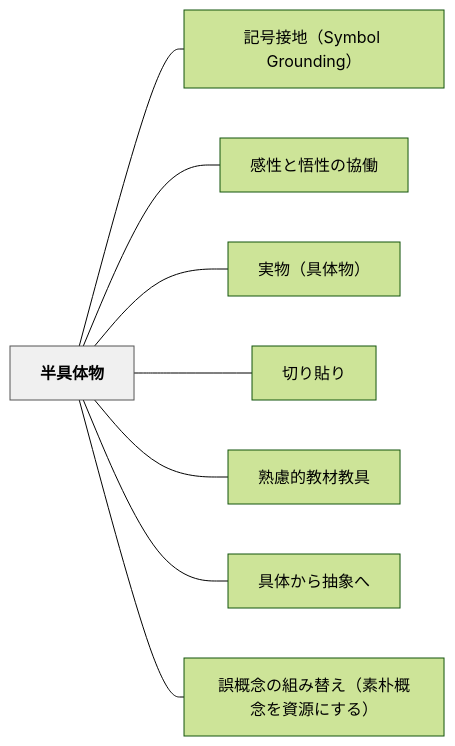
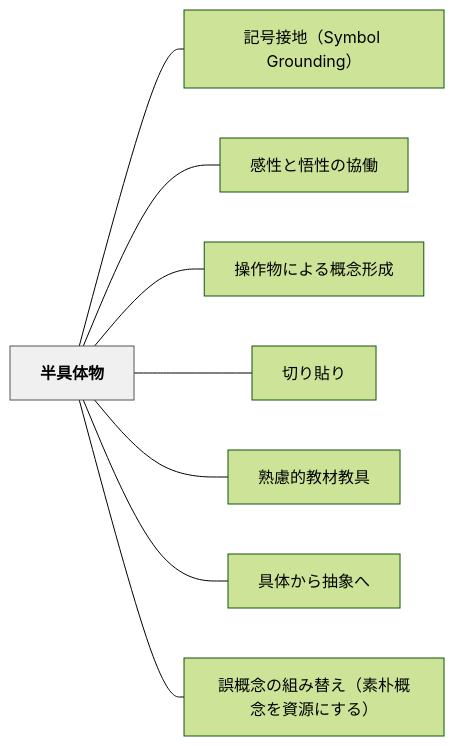
One commit to unknownthings-ed-patterns/unknownthings-ed-patterns changed the diagram in content/パタン/半具体物.md. Above: the diagram before and after it, drawn with Mermaid (forest theme). The commit also changed other lines of this file and 13 other files, not shown here.

````diff
--- a/content/パタン/半具体物.md
+++ b/content/パタン/半具体物.md
@@ -56,22 +56,22 @@
 ```mermaid
 flowchart LR
     ne58d8ae585b7e4bd93e789a9["半具体物"]
     ne8a898e58fb7e68ea5e59cb0efbc8853796d626f6c2047726f756e64696e67efbc89["記号接地（Symbol Grounding）"]
     ne6849fe680a7e381a8e6829fe680a7e381aee58d94e5838d["感性と悟性の協働"]
-    ne5ae9fe789a9efbc88e585b7e4bd93e789a9efbc89["実物（具体物）"]
+    ne6938de4bd9ce789a9e381abe38288e3828be6a682e5bfb5e5bda2e68890["操作物による概念形成"]
     ne58887e3828ae8b2bce3828a["切り貼り"]
     ne7869fe685aee79a84e69599e69d90e69599e585b7["熟慮的教材教具"]
     ne585b7e4bd93e3818be38289e68abde8b1a1e381b8["具体から抽象へ"]
     ne8aaa4e6a682e5bfb5e381aee7b584e381bfe69bbfe38188efbc88e7b4a0e69cb4e6a682e5bfb5e38292e8b387e6ba90e381abe38199e3828befbc89["誤概念の組み替え（素朴概念を資源にする）"]
 
     ne58d8ae585b7e4bd93e789a9 --- ne8a898e58fb7e68ea5e59cb0efbc8853796d626f6c2047726f756e64696e67efbc89
     ne58d8ae585b7e4bd93e789a9 --- ne6849fe680a7e381a8e6829fe680a7e381aee58d94e5838d
-    ne58d8ae585b7e4bd93e789a9 --- ne5ae9fe789a9efbc88e585b7e4bd93e789a9efbc89
+    ne58d8ae585b7e4bd93e789a9 --- ne6938de4bd9ce789a9e381abe38288e3828be6a682e5bfb5e5bda2e68890
     ne58d8ae585b7e4bd93e789a9 --- ne58887e3828ae8b2bce3828a
     ne58d8ae585b7e4bd93e789a9 --- ne7869fe685aee79a84e69599e69d90e69599e585b7
     ne58d8ae585b7e4bd93e789a9 --- ne585b7e4bd93e3818be38289e68abde8b1a1e381b8
     ne58d8ae585b7e4bd93e789a9 --- ne8aaa4e6a682e5bfb5e381aee7b584e381bfe69bbfe38188efbc88e7b4a0e69cb4e6a682e5bfb5e38292e8b387e6ba90e381abe38199e3828befbc89
 
     classDef hub fill:#f0f0f0,stroke:#555,color:#000,font-weight:bold
     class ne58d8ae585b7e4bd93e789a9 hub
 ```
````
